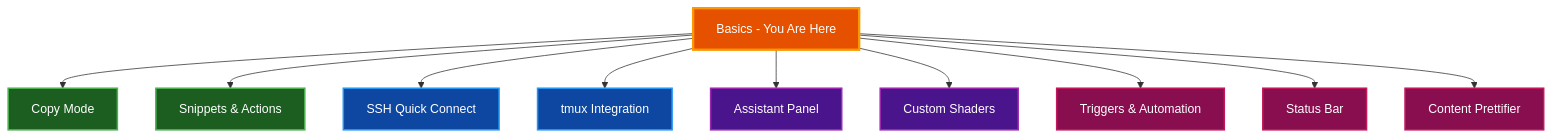
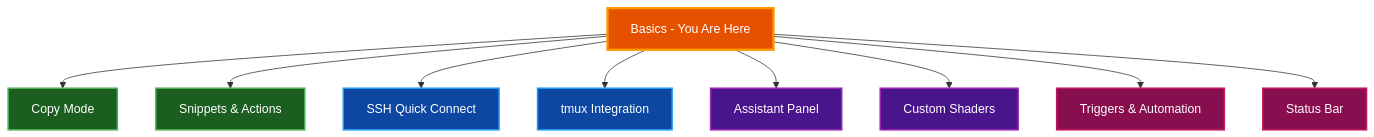
One commit to paulrobello/par-term changed the second of 2 diagrams in docs/GETTING_STARTED.md. Above: the diagram before and after it, drawn with Mermaid. The commit also changed other lines of this file and 192 other files, not shown here.

Commit message:
refactor(prettifier): remove content prettifier

````diff
--- a/docs/GETTING_STARTED.md
+++ b/docs/GETTING_STARTED.md
@@ -276,34 +276,31 @@
 ```mermaid
 graph TD
     Basics[Basics - You Are Here]
     CopyMode[Copy Mode]
     Snippets[Snippets & Actions]
     SSH[SSH Quick Connect]
     Tmux[tmux Integration]
     Assistant[Assistant Panel]
     Shaders[Custom Shaders]
     Automation[Triggers & Automation]
     StatusBar[Status Bar]
-    Prettifier[Content Prettifier]
 
     Basics --> CopyMode
     Basics --> Snippets
     Basics --> SSH
     Basics --> Tmux
     Basics --> Assistant
     Basics --> Shaders
     Basics --> Automation
     Basics --> StatusBar
-    Basics --> Prettifier
 
     style Basics fill:#e65100,stroke:#ff9800,stroke-width:3px,color:#ffffff
     style CopyMode fill:#1b5e20,stroke:#4caf50,stroke-width:2px,color:#ffffff
     style Snippets fill:#1b5e20,stroke:#4caf50,stroke-width:2px,color:#ffffff
     style SSH fill:#0d47a1,stroke:#2196f3,stroke-width:2px,color:#ffffff
     style Tmux fill:#0d47a1,stroke:#2196f3,stroke-width:2px,color:#ffffff
     style Assistant fill:#4a148c,stroke:#9c27b0,stroke-width:2px,color:#ffffff
     style Shaders fill:#4a148c,stroke:#9c27b0,stroke-width:2px,color:#ffffff
     style Automation fill:#880e4f,stroke:#c2185b,stroke-width:2px,color:#ffffff
     style StatusBar fill:#880e4f,stroke:#c2185b,stroke-width:2px,color:#ffffff
-    style Prettifier fill:#880e4f,stroke:#c2185b,stroke-width:2px,color:#ffffff
 ```
````
